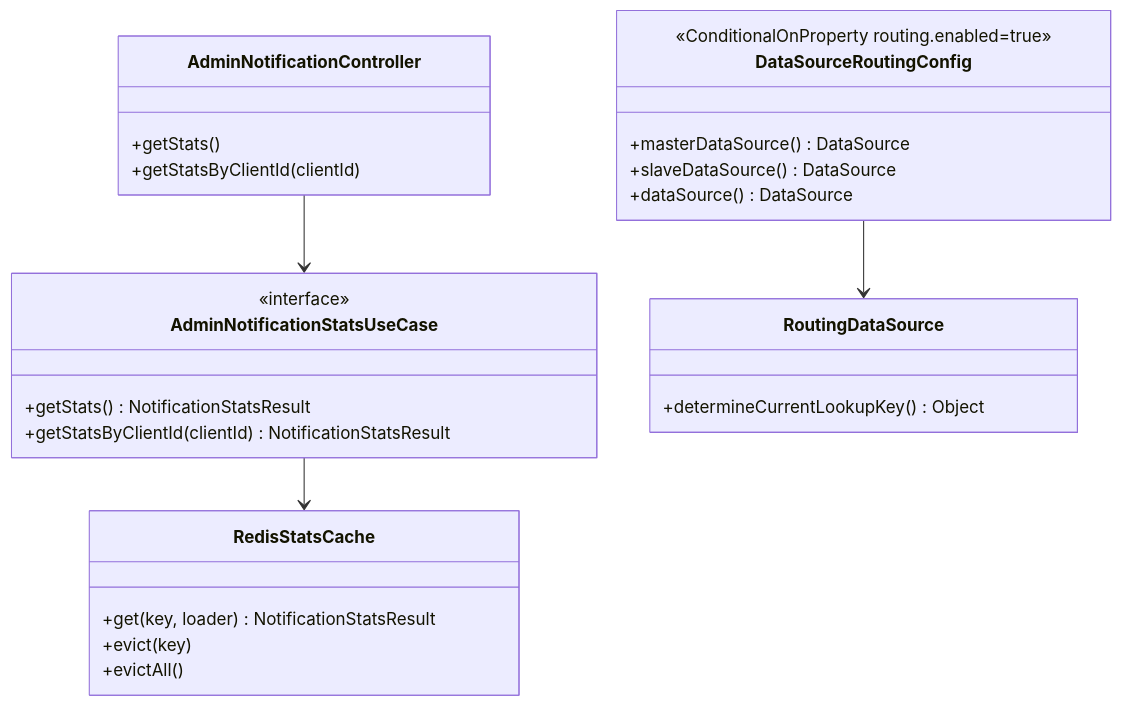
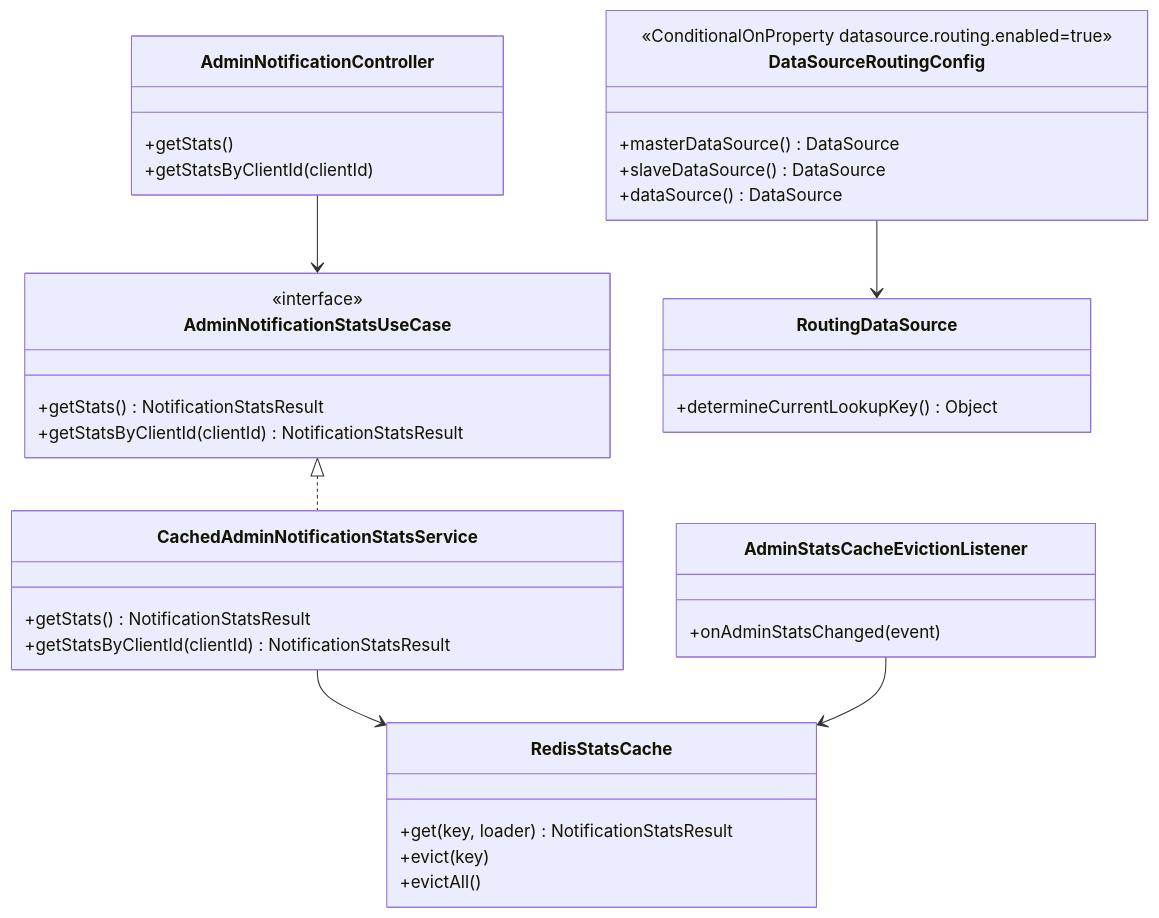
Before and after one commit to yht0827/notification-dispatcher: the sixth of 6 diagrams in docs/03-class-diagrams.md, drawn with Mermaid. The commit also changed other lines of this file and 2 other files, not shown here.

Commit message:
chore: 문서 업데이트 - 클래스 다이어그램 구조 개선 및 읽음 처리/통계 캐시 관련 클래스 추가

````diff
--- a/docs/03-class-diagrams.md
+++ b/docs/03-class-diagrams.md
@@ -370,34 +388,45 @@
 ```mermaid
 classDiagram
     class AdminNotificationController {
       +getStats()
       +getStatsByClientId(clientId)
     }
 
     class AdminNotificationStatsUseCase {
       <<interface>>
       +getStats() NotificationStatsResult
       +getStatsByClientId(clientId) NotificationStatsResult
     }
 
+    class CachedAdminNotificationStatsService {
+      +getStats() NotificationStatsResult
+      +getStatsByClientId(clientId) NotificationStatsResult
+    }
+
     class RedisStatsCache {
       +get(key, loader) NotificationStatsResult
       +evict(key)
       +evictAll()
     }
 
+    class AdminStatsCacheEvictionListener {
+      +onAdminStatsChanged(event)
+    }
+
     class DataSourceRoutingConfig {
-      <<ConditionalOnProperty routing.enabled=true>>
+      <<ConditionalOnProperty datasource.routing.enabled=true>>
       +masterDataSource() DataSource
       +slaveDataSource() DataSource
       +dataSource() DataSource
     }
 
     class RoutingDataSource {
       +determineCurrentLookupKey() Object
     }
 
     AdminNotificationController --> AdminNotificationStatsUseCase
-    AdminNotificationStatsUseCase --> RedisStatsCache
+    AdminNotificationStatsUseCase <|.. CachedAdminNotificationStatsService
+    CachedAdminNotificationStatsService --> RedisStatsCache
+    AdminStatsCacheEvictionListener --> RedisStatsCache
     DataSourceRoutingConfig --> RoutingDataSource
 ```
````
